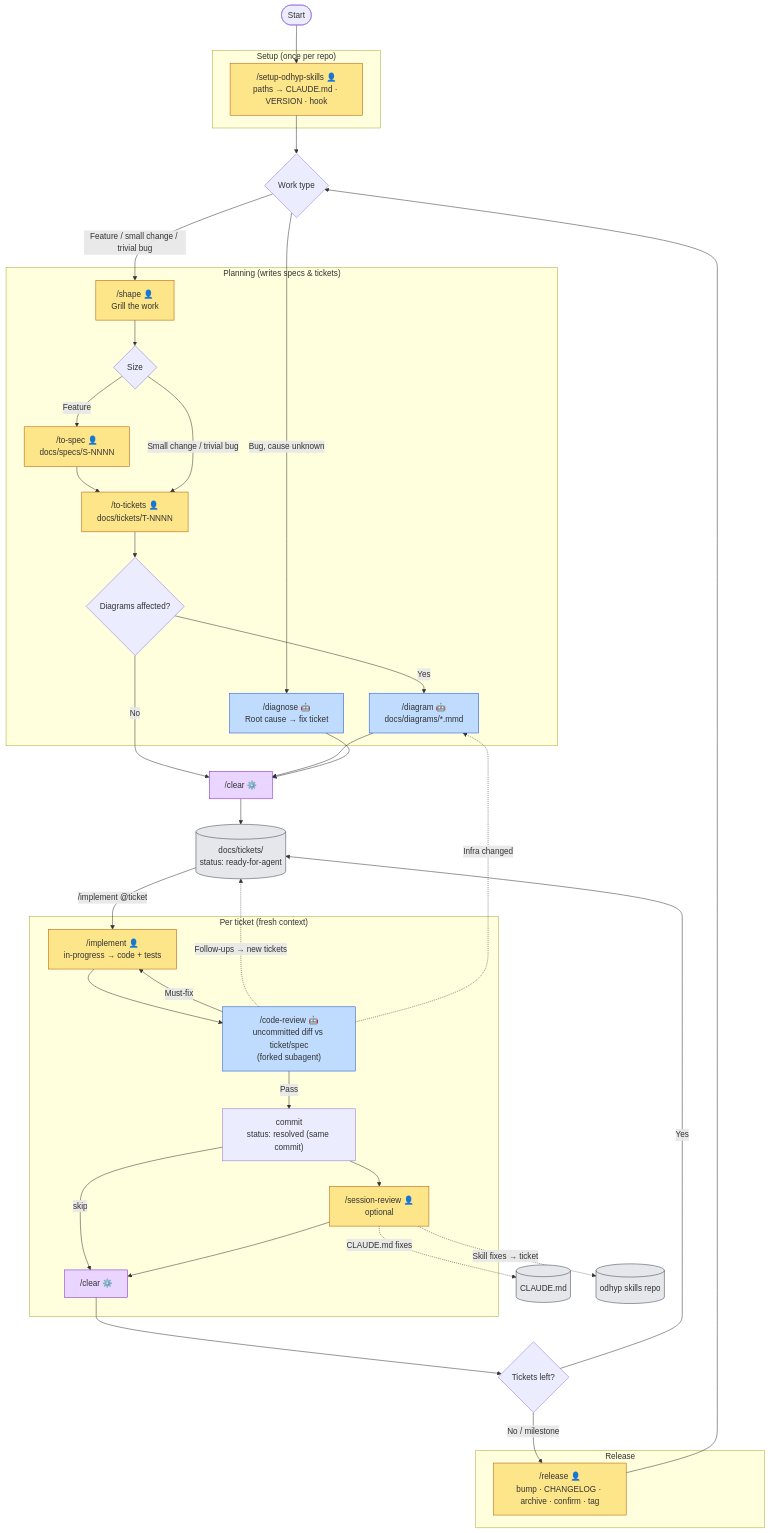
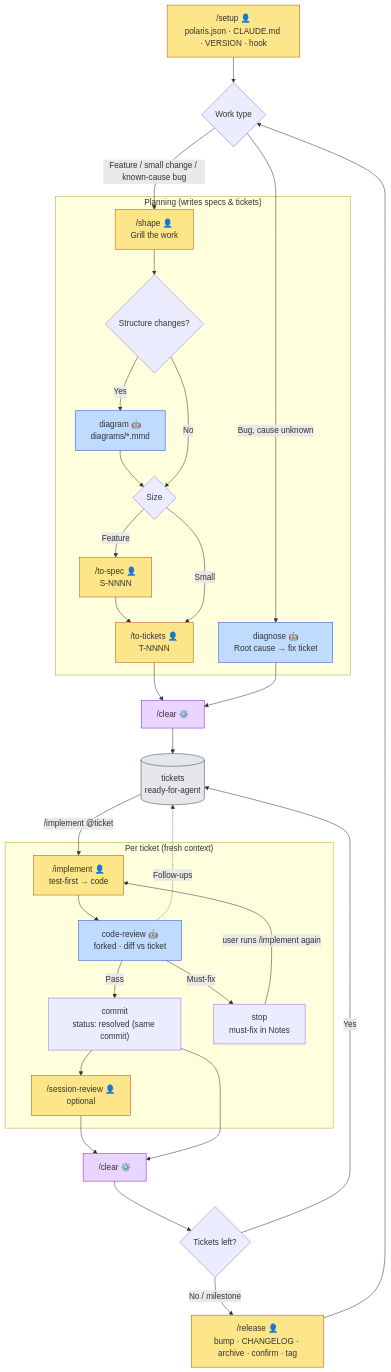
One commit to odhyp/skills changed the diagram in README.md. Above: the diagram before and after it, drawn with Mermaid. The commit also changed other lines of this file and 28 other files, not shown here.

First line of the commit message:
feat!: share templates with Polaris, rework the review loop

````diff
--- a/README.md
+++ b/README.md
@@ -24,74 +20,55 @@
 ```mermaid
 flowchart TD
-    START(["Start"]) --> A1
-
-    subgraph A["Setup (once per repo)"]
-        A1["/setup-odhyp-skills 👤<br/>paths → CLAUDE.md · VERSION · hook"]
-    end
-
-    A1 --> X0{"Work type"}
-    X0 -->|"Feature / small change / trivial bug"| B1
+    A1["/setup 👤<br/>polaris.json · CLAUDE.md · VERSION · hook"] --> X0{"Work type"}
+    X0 -->|"Feature / small change / known-cause bug"| B1
     X0 -->|"Bug, cause unknown"| B5
 
     subgraph B["Planning (writes specs & tickets)"]
         B1["/shape 👤<br/>Grill the work"]
+        X2{"Structure changes?"}
+        B4["diagram 🤖<br/>diagrams/*.mmd"]
         X1{"Size"}
-        B2["/to-spec 👤<br/>docs/specs/S-NNNN"]
-        B3["/to-tickets 👤<br/>docs/tickets/T-NNNN"]
-        B5["/diagnose 🤖<br/>Root cause → fix ticket"]
-        X2{"Diagrams affected?"}
-        B4["/diagram 🤖<br/>docs/diagrams/*.mmd"]
-        B1 --> X1
+        B2["/to-spec 👤<br/>S-NNNN"]
+        B3["/to-tickets 👤<br/>T-NNNN"]
+        B5["diagnose 🤖<br/>Root cause → fix ticket"]
+        B1 --> X2
+        X2 -->|"Yes"| B4 --> X1
+        X2 -->|"No"| X1
         X1 -->|"Feature"| B2 --> B3
-        X1 -->|"Small change / trivial bug"| B3
-        B3 --> X2
-        X2 -->|"Yes"| B4
+        X1 -->|"Small"| B3
     end
 
-    CL0["/clear ⚙️"]
-    X2 -->|"No"| CL0
-    B4 --> CL0
+    B3 --> CL0["/clear ⚙️"]
     B5 --> CL0
-    T[("docs/tickets/<br/>status: ready-for-agent")]
-    CL0 --> T
+    CL0 --> T[("tickets<br/>ready-for-agent")]
+
+    subgraph C["Per ticket (fresh context)"]
+        C1["/implement 👤<br/>test-first → code"]
+        D1["code-review 🤖<br/>forked · diff vs ticket"]
+        C2["commit<br/>status: resolved (same commit)"]
+        C3["stop<br/>must-fix in Notes"]
+        S1["/session-review 👤<br/>optional"]
+        C1 --> D1
+        D1 -->|"Pass"| C2
+        D1 -->|"Must-fix"| C3
+    end
 
     T -->|"/implement @ticket"| C1
-
-    subgraph C["Per ticket (fresh context)"]
-        C1["/implement 👤<br/>in-progress → code + tests"]
-        D1["/code-review 🤖<br/>uncommitted diff vs ticket/spec<br/>(forked subagent)"]
-        C2["commit<br/>status: resolved (same commit)"]
-        S1["/session-review 👤<br/>optional"]
-        CL["/clear ⚙️"]
-        C1 --> D1
-        D1 -->|"Must-fix"| C1
-        D1 -->|"Pass"| C2
-        C2 --> S1
-        C2 -->|"skip"| CL
-        S1 --> CL
-    end
-
-    D1 -.->|"Follow-ups → new tickets"| T
-    D1 -.->|"Infra changed"| B4
-
+    C3 -->|"user runs /implement again"| C1
+    D1 -.->|"Follow-ups"| T
+    C2 --> S1 --> CL["/clear ⚙️"]
+    C2 --> CL
     CL --> X3{"Tickets left?"}
     X3 -->|"Yes"| T
-    X3 -->|"No / milestone"| E1
-
-    subgraph E["Release"]
-        E1["/release 👤<br/>bump · CHANGELOG · archive · confirm · tag"]
-    end
-
+    X3 -->|"No / milestone"| E1["/release 👤<br/>bump · CHANGELOG · archive · confirm · tag"]
     E1 --> X0
-    S1 -.->|"CLAUDE.md fixes"| CM[("CLAUDE.md")]
-    S1 -.->|"Skill fixes → ticket"| SK[("odhyp skills repo")]
 
     classDef manual fill:#fde68a,stroke:#b45309
     classDef auto fill:#bfdbfe,stroke:#1d4ed8
     classDef builtin fill:#e9d5ff,stroke:#7e22ce
     classDef store fill:#e5e7eb,stroke:#374151
     class A1,B1,B2,B3,C1,S1,E1 manual
     class B4,B5,D1 auto
     class CL,CL0 builtin
-    class T,CM,SK store
+    class T store
 ```
````
